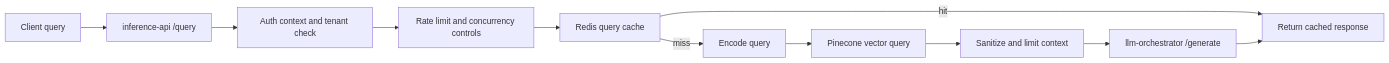
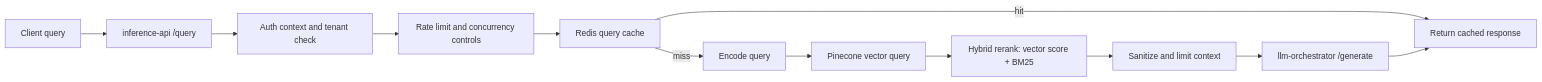
The third of 4 diagrams in docs/architecture.md (Rares8921/enterprise-multimodal-rag-platform), drawn with Mermaid before and after one commit. The commit also changed other lines of this file and 12 other files, not shown here.

````diff
--- a/docs/architecture.md
+++ b/docs/architecture.md
@@ -56,13 +56,14 @@
 ```mermaid
 flowchart LR
   Client["Client query"] --> IA["inference-api /query"]
   IA --> Auth["Auth context and tenant check"]
   Auth --> RL["Rate limit and concurrency controls"]
   RL --> Cache["Redis query cache"]
   Cache -->|hit| Resp["Return cached response"]
   Cache -->|miss| Emb["Encode query"]
   Emb --> Pinecone["Pinecone vector query"]
-  Pinecone --> Context["Sanitize and limit context"]
+  Pinecone --> Hybrid["Hybrid rerank: vector score + BM25"]
+  Hybrid --> Context["Sanitize and limit context"]
   Context --> LLM["llm-orchestrator /generate"]
   LLM --> Resp
 ```
````
